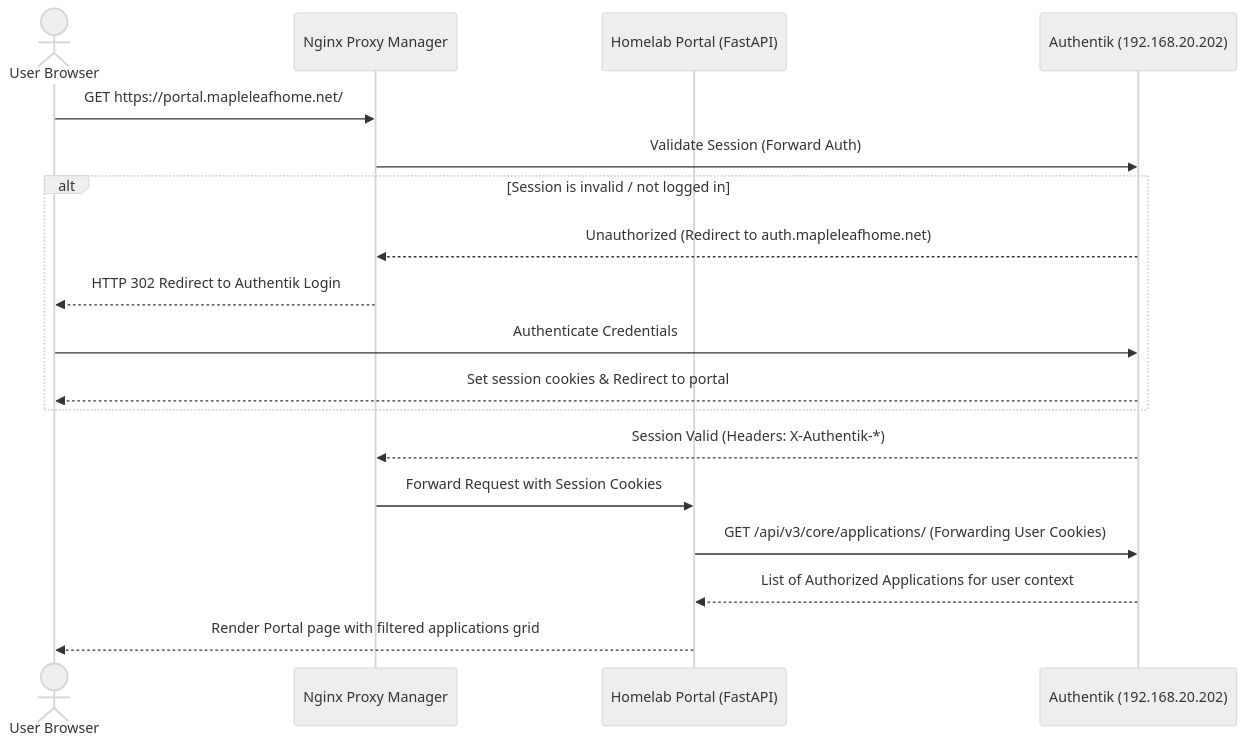
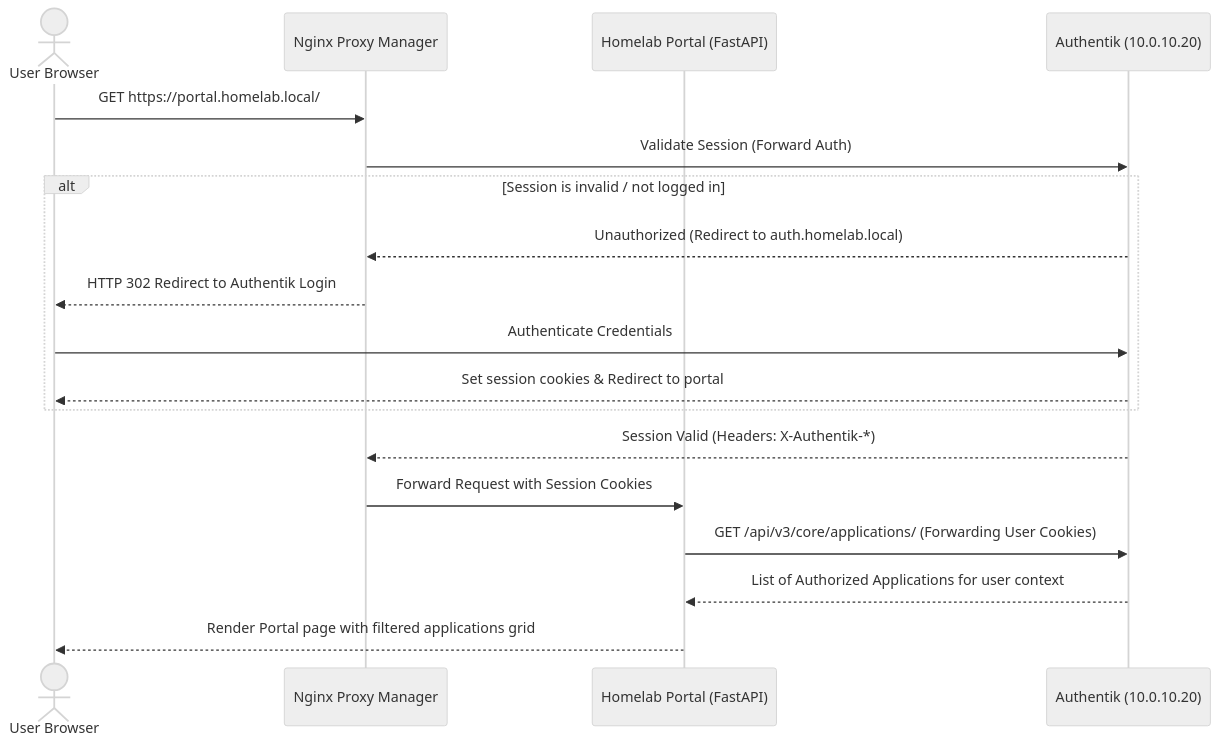
One commit to petergdoyle/mermaid-to-image-converter changed the diagram in samples/sequence_sso.mmd. Above: the diagram before and after it, drawn with Mermaid (neutral theme). The commit also changed other lines of this file and 6 other files, not shown here.

Commit message:
Anonymize homelab details in templates and add new diagram types (Pie, Timeline, Journey)

```diff
--- a/samples/sequence_sso.mmd
+++ b/samples/sequence_sso.mmd
@@ -1,19 +1,19 @@
 sequenceDiagram
     actor User as User Browser
     participant Proxy as Nginx Proxy Manager
     participant Portal as Homelab Portal (FastAPI)
-    participant Auth as Authentik (192.168.20.202)
+    participant Auth as Authentik (10.0.10.20)
 
-    User->>Proxy: GET https://portal.mapleleafhome.net/
+    User->>Proxy: GET https://portal.homelab.local/
     Proxy->>Auth: Validate Session (Forward Auth)
     alt Session is invalid / not logged in
-        Auth-->>Proxy: Unauthorized (Redirect to auth.mapleleafhome.net)
+        Auth-->>Proxy: Unauthorized (Redirect to auth.homelab.local)
         Proxy-->>User: HTTP 302 Redirect to Authentik Login
         User->>Auth: Authenticate Credentials
         Auth-->>User: Set session cookies & Redirect to portal
     end
     Auth-->>Proxy: Session Valid (Headers: X-Authentik-*)
     Proxy->>Portal: Forward Request with Session Cookies
     Portal->>Auth: GET /api/v3/core/applications/ (Forwarding User Cookies)
     Auth-->>Portal: List of Authorized Applications for user context
     Portal-->>User: Render Portal page with filtered applications grid
```
